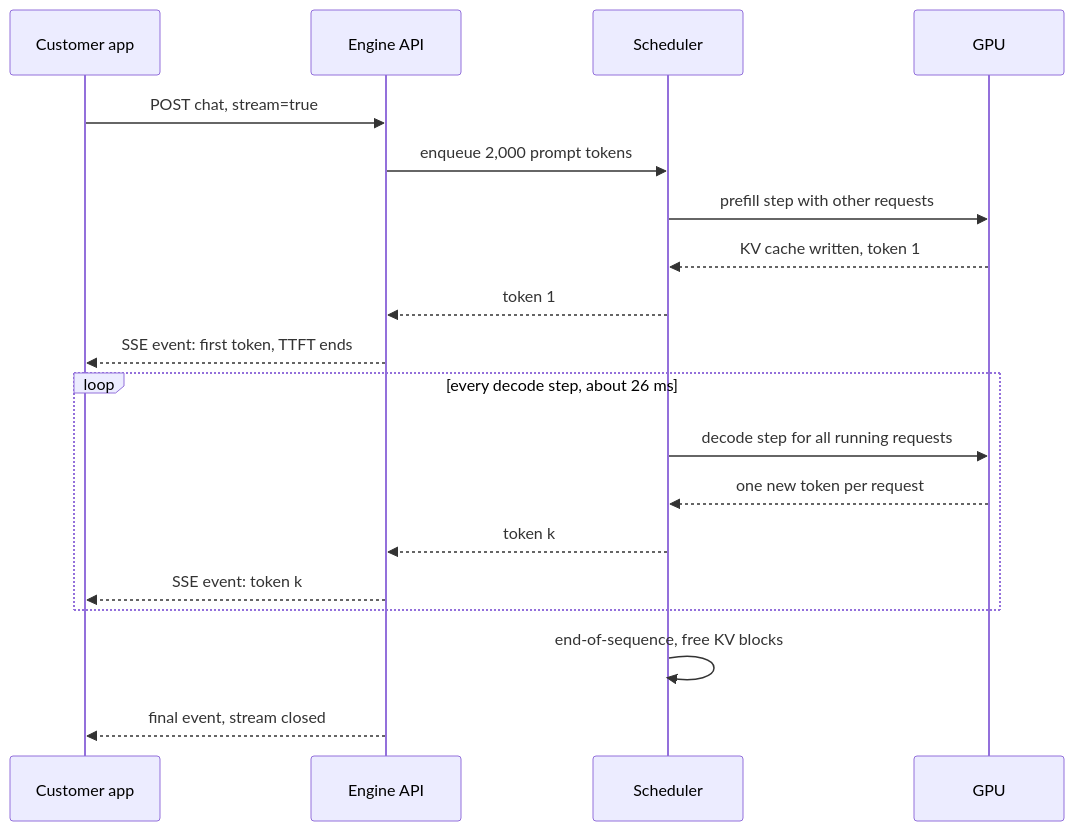
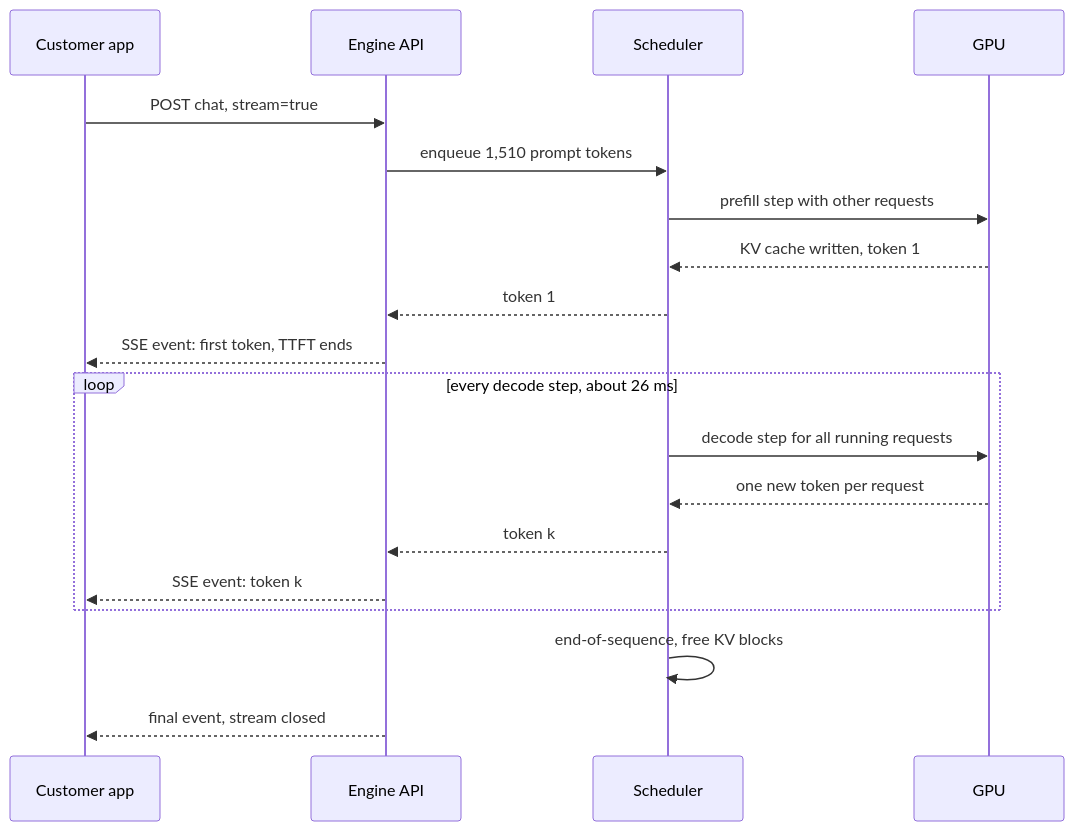
Before and after one commit to Sampath1-1-1/System-Design: the second of 18 diagrams in manuscript/book2-ml-ai/73-llm-inference.md, drawn with Mermaid. The commit also changed other lines of this file and 3 other files, not shown here.

````diff
--- a/manuscript/book2-ml-ai/73-llm-inference.md
+++ b/manuscript/book2-ml-ai/73-llm-inference.md
@@ -106,21 +106,21 @@
 ```mermaid
 sequenceDiagram
   participant U as Customer app
   participant E as Engine API
   participant S as Scheduler
   participant G as GPU
   U->>E: POST chat, stream=true
-  E->>S: enqueue 2,000 prompt tokens
+  E->>S: enqueue 1,510 prompt tokens
   S->>G: prefill step with other requests
   G-->>S: KV cache written, token 1
   S-->>E: token 1
   E-->>U: SSE event: first token, TTFT ends
   loop every decode step, about 26 ms
     S->>G: decode step for all running requests
     G-->>S: one new token per request
     S-->>E: token k
     E-->>U: SSE event: token k
   end
   S->>S: end-of-sequence, free KV blocks
   E-->>U: final event, stream closed
 ```
````
